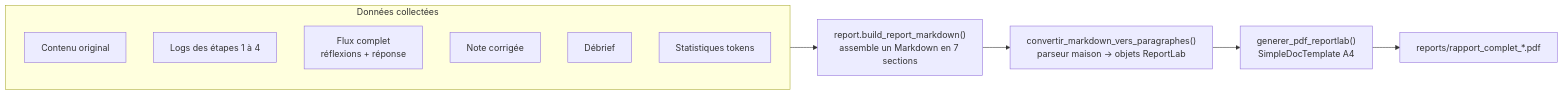
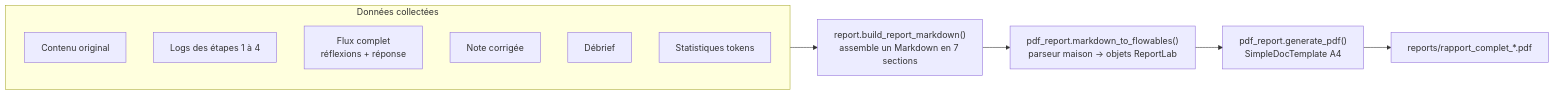
One commit to lecinquiemejour-code/PromptoDYS_app changed the seventh of 8 diagrams in doc/WORKFLOW_GEMINI.md. Above: the diagram before and after it, drawn with Mermaid. The commit also changed other lines of this file and 2 other files, not shown here.

````diff
--- a/doc/WORKFLOW_GEMINI.md
+++ b/doc/WORKFLOW_GEMINI.md
@@ -312,15 +312,15 @@
 ```mermaid
 flowchart LR
     subgraph IN["Données collectées"]
         A["Contenu original"]
         B["Logs des étapes 1 à 4"]
         C["Flux complet<br/>réflexions + réponse"]
         D["Note corrigée"]
         E["Débrief"]
         F["Statistiques tokens"]
     end
     IN --> PREP["report.build_report_markdown()<br/>assemble un Markdown en 7 sections"]
-    PREP --> CONV["convertir_markdown_vers_paragraphes()<br/>parseur maison → objets ReportLab"]
-    CONV --> GEN["generer_pdf_reportlab()<br/>SimpleDocTemplate A4"]
+    PREP --> CONV["pdf_report.markdown_to_flowables()<br/>parseur maison → objets ReportLab"]
+    CONV --> GEN["pdf_report.generate_pdf()<br/>SimpleDocTemplate A4"]
     GEN --> PDF["reports/rapport_complet_*.pdf"]
 ```
````
